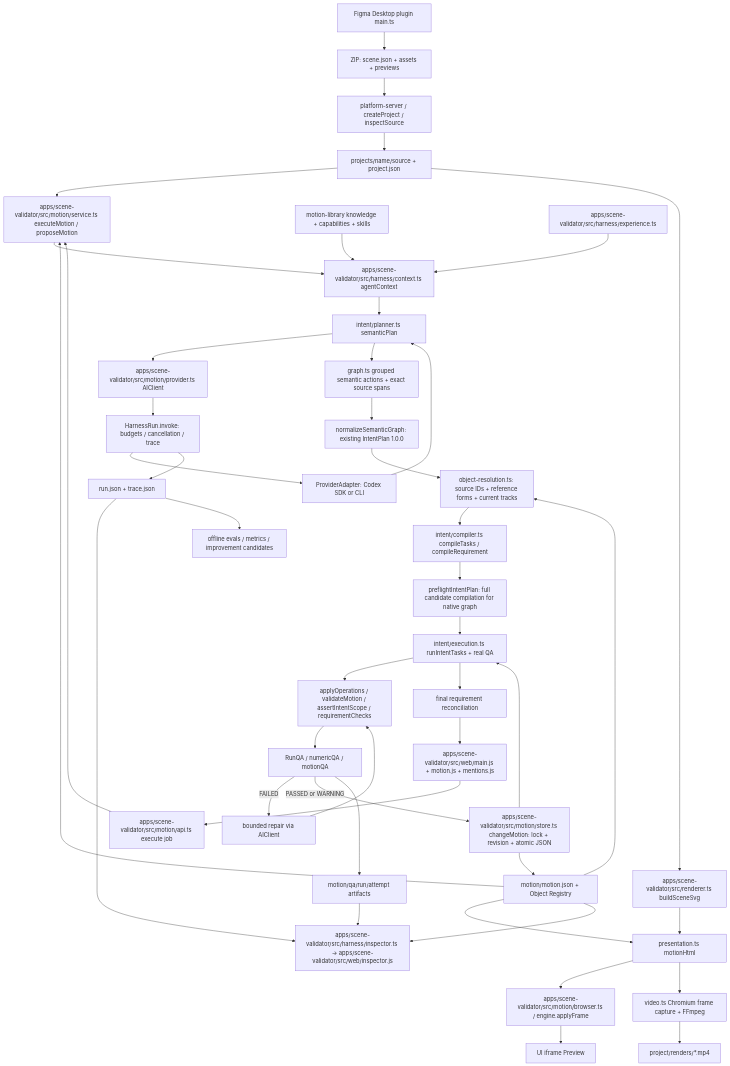
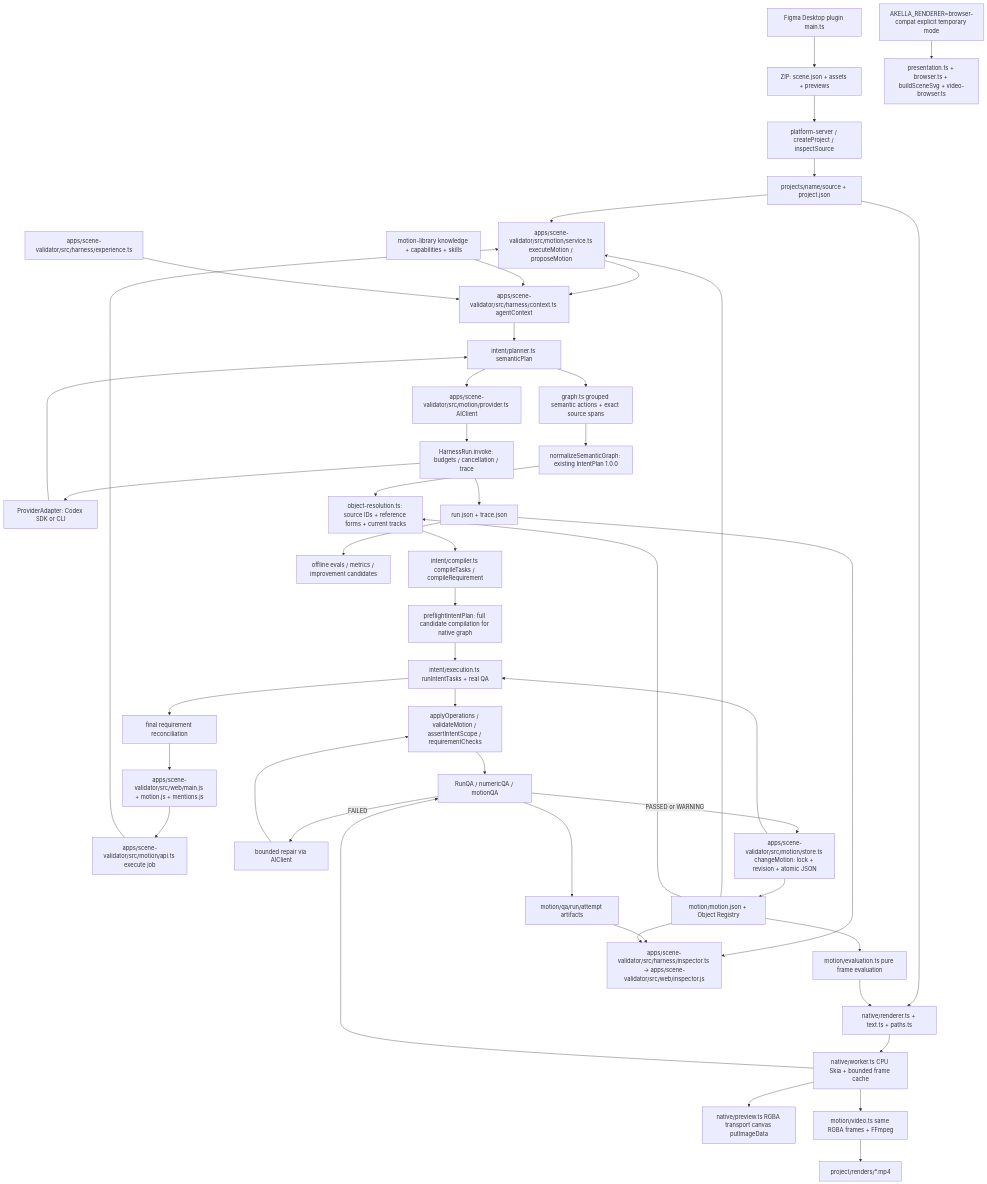
Before and after one commit to alexsysoev17/akella: the diagram in docs/architecture-handoff.md, drawn with Mermaid. The commit also changed other lines of this file and 39 other files, not shown here.

Commit message:
Migrate rendering to shared native Skia frame pipeline

````diff
--- a/docs/architecture-handoff.md
+++ b/docs/architecture-handoff.md
@@ -52,47 +52,49 @@
 ```mermaid
 flowchart TD
   F[Figma Desktop plugin main.ts] --> Z[ZIP: scene.json + assets + previews]
   Z --> I[platform-server / createProject / inspectSource]
   I --> S[projects/name/source + project.json]
   UI[apps/scene-validator/src/web/main.js + motion.js + mentions.js] --> API[apps/scene-validator/src/motion/api.ts execute job]
   API --> O[apps/scene-validator/src/motion/service.ts executeMotion / proposeMotion]
   S --> O
   MS[motion/motion.json + Object Registry] --> O
   O --> C[apps/scene-validator/src/harness/context.ts agentContext]
   K[motion-library knowledge + capabilities + skills] --> C
   EXP[apps/scene-validator/src/harness/experience.ts] --> C
   C --> SP[intent/planner.ts semanticPlan]
   SP --> AC[apps/scene-validator/src/motion/provider.ts AIClient]
   AC --> HR[HarnessRun.invoke: budgets / cancellation / trace]
   HR --> PA[ProviderAdapter: Codex SDK or CLI]
   PA --> SP
   SP --> SG[graph.ts grouped semantic actions + exact source spans]
   SG --> IR[normalizeSemanticGraph: existing IntentPlan 1.0.0]
   IR --> NR[object-resolution.ts: source IDs + reference forms + current tracks]
   MS --> NR
   NR --> IT[intent/compiler.ts compileTasks / compileRequirement]
   IT --> PF[preflightIntentPlan: full candidate compilation for native graph]
   PF --> EX[intent/execution.ts runIntentTasks + real QA]
   EX --> V[applyOperations / validateMotion / assertIntentScope / requirementChecks]
   V --> QA[RunQA / numericQA / motionQA]
   QA -->|FAILED| RE[bounded repair via AIClient]
   RE --> V
   QA -->|PASSED or WARNING| CM[apps/scene-validator/src/motion/store.ts changeMotion: lock + revision + atomic JSON]
   CM --> MS
   CM --> EX
   EX --> FC[final requirement reconciliation]
   FC --> UI
-  MS --> P[presentation.ts motionHtml]
-  S --> R[apps/scene-validator/src/renderer.ts buildSceneSvg]
-  R --> P
-  P --> B[apps/scene-validator/src/motion/browser.ts / engine.applyFrame]
-  B --> PRE[UI iframe Preview]
-  P --> VID[video.ts Chromium frame capture + FFmpeg]
+  MS --> E[motion/evaluation.ts pure frame evaluation]
+  S --> N[native/renderer.ts + text.ts + paths.ts]
+  E --> N
+  N --> W[native/worker.ts CPU Skia + bounded frame cache]
+  W --> PRE[native/preview.ts RGBA transport canvas putImageData]
+  W --> VID[motion/video.ts same RGBA frames + FFmpeg]
+  W --> QA
   VID --> MP4[project/renders/*.mp4]
+  COMPAT[AKELLA_RENDERER=browser-compat explicit temporary mode] --> OLD[presentation.ts + browser.ts + buildSceneSvg + video-browser.ts]
   HR --> LOG[run.json + trace.json]
   QA --> ART[motion/qa/run/attempt artifacts]
   LOG --> INS[apps/scene-validator/src/harness/inspector.ts → apps/scene-validator/src/web/inspector.js]
   ART --> INS
   MS --> INS
   LOG --> EV[offline evals / metrics / improvement candidates]
 ```
````
